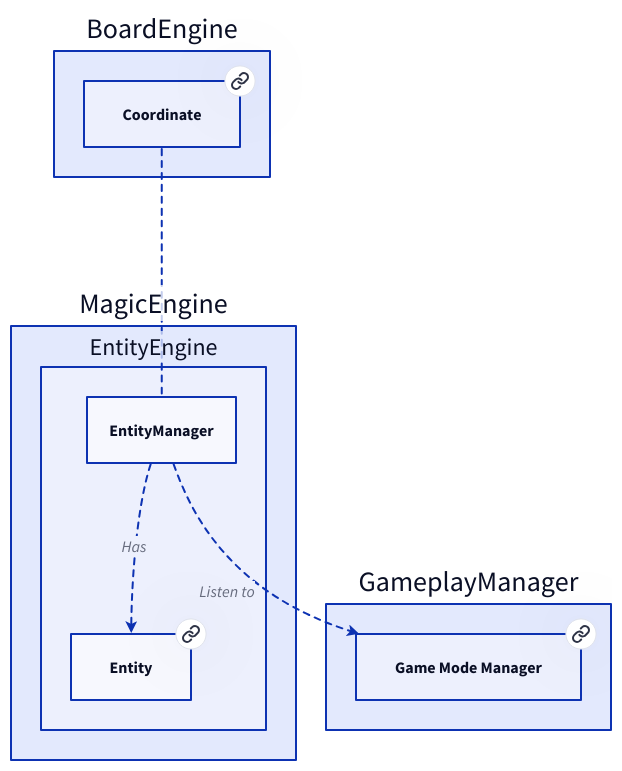
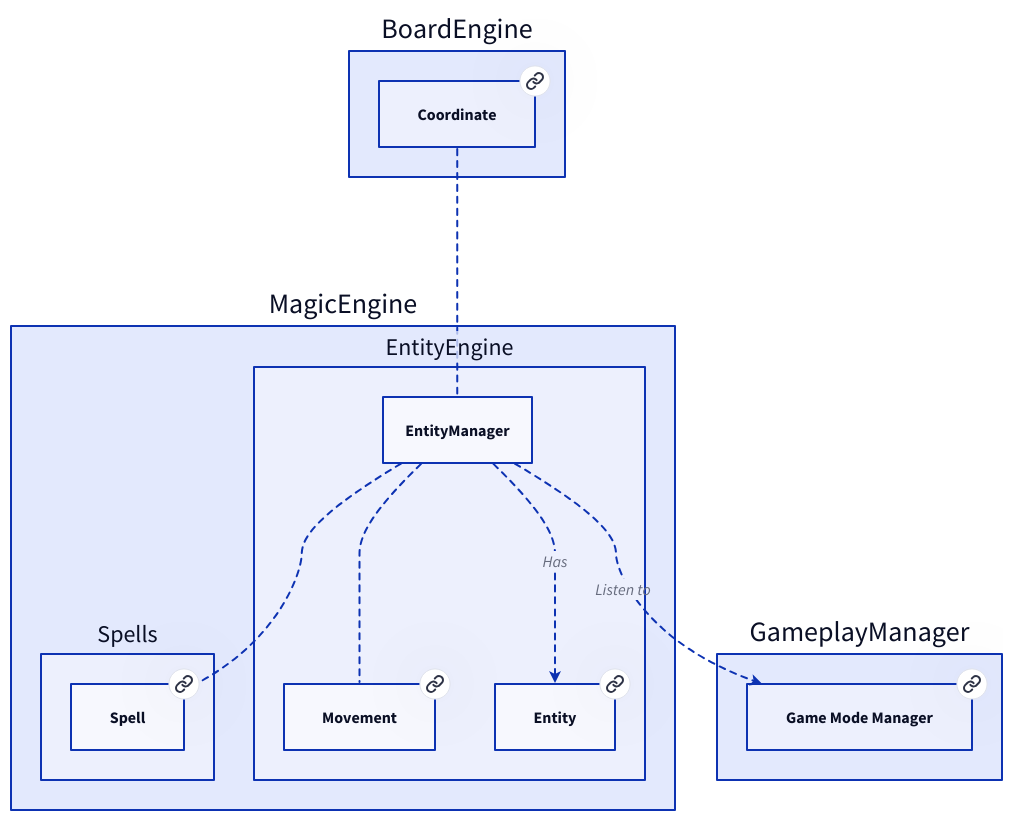
Before and after one commit to Portevent/Brume-Documentation: the diagram in doc/MagicEngine/EntityEngine/EntityManager.md, drawn with D2. The commit also changed other lines of this file and 128 other files, not shown here.

````diff
--- a/doc/MagicEngine/EntityEngine/EntityManager.md
+++ b/doc/MagicEngine/EntityEngine/EntityManager.md
@@ -13,32 +13,42 @@
 ```d2
 # Nodes :
 BoardEngine: {
     Coordinate: Coordinate {
        link: Coordinate
     }
 }
+MagicEngine: {
+    Spells: {
+        Spell: Spell {
+           link: Spell
+        }
+    }
+    EntityEngine: {
+        Movement: Movement {
+           link: Movement
+        }
+        Entity: Entity {
+           link: Entity
+        }
+    }
+}
 GameplayManager: {
     GameModeManager: Game Mode Manager {
        link: GameModeManager
     }
 }
-MagicEngine: {
-    EntityEngine: {
-        Entity: Entity {
-           link: Entity
-        }
-    }
-}
 
 # Links :
 BoardEngine.Coordinate -- MagicEngine.EntityEngine.EntityManager: {style.stroke-dash: 3}
-MagicEngine.EntityEngine.EntityManager -> GameplayManager.GameModeManager: Listen to {style.stroke-dash: 3
+MagicEngine.EntityEngine.EntityManager -- MagicEngine.EntityEngine.Movement: {style.stroke-dash: 3}
+MagicEngine.EntityEngine.EntityManager -- MagicEngine.Spells.Spell: {style.stroke-dash: 3}
+MagicEngine.EntityEngine.EntityManager -> MagicEngine.EntityEngine.Entity: Has {style.stroke-dash: 3
 source-arrowhead: {}
 target-arrowhead: {shape: arrow}
 }
-MagicEngine.EntityEngine.EntityManager -> MagicEngine.EntityEngine.Entity: Has {style.stroke-dash: 3
+MagicEngine.EntityEngine.EntityManager -> GameplayManager.GameModeManager: Listen to {style.stroke-dash: 3
 source-arrowhead: {}
 target-arrowhead: {shape: arrow}
 }
 
 ```
````
